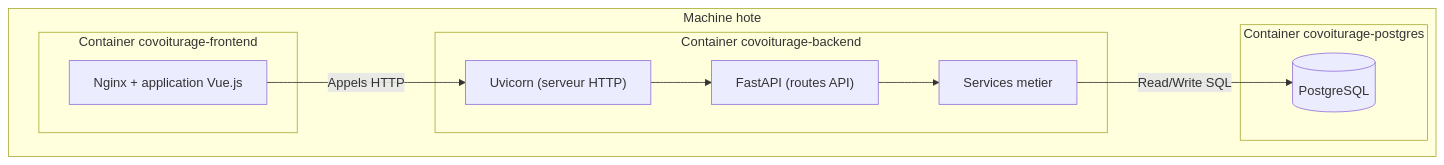
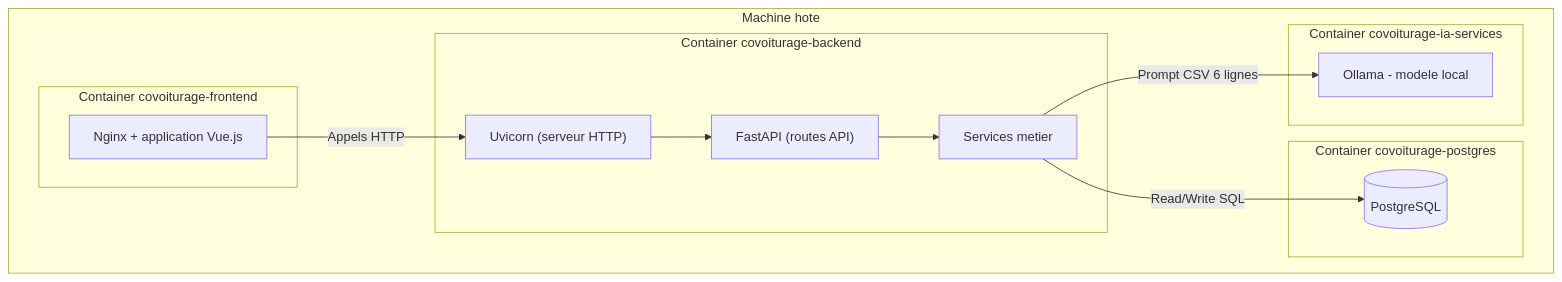
One commit to NaelFares/CNAM-I2-Project changed the second of 2 diagrams in doc/ARCHITECTURE.md. Above: the diagram before and after it, drawn with Mermaid. The commit also changed other lines of this file and 39 other files, not shown here.

````diff
--- a/doc/ARCHITECTURE.md
+++ b/doc/ARCHITECTURE.md
@@ -22,22 +24,27 @@
 ```mermaid
 flowchart TB
   subgraph HOST[Machine hote]
     subgraph C1[Container covoiturage-frontend]
       UI[Nginx + application Vue.js]
     end
 
     subgraph C2[Container covoiturage-backend]
       HTTP["Uvicorn (serveur HTTP)"]
       APP["FastAPI (routes API)"]
       CORE[Services metier]
       HTTP --> APP --> CORE
     end
 
     subgraph C3[Container covoiturage-postgres]
       DATA[(PostgreSQL)]
     end
 
+    subgraph C4[Container covoiturage-ia-services]
+      LLM[Ollama - modele local]
+    end
+
     UI -->|Appels HTTP| HTTP
     CORE -->|Read/Write SQL| DATA
+    CORE -->|Prompt CSV 6 lignes| LLM
   end
 ```
````
